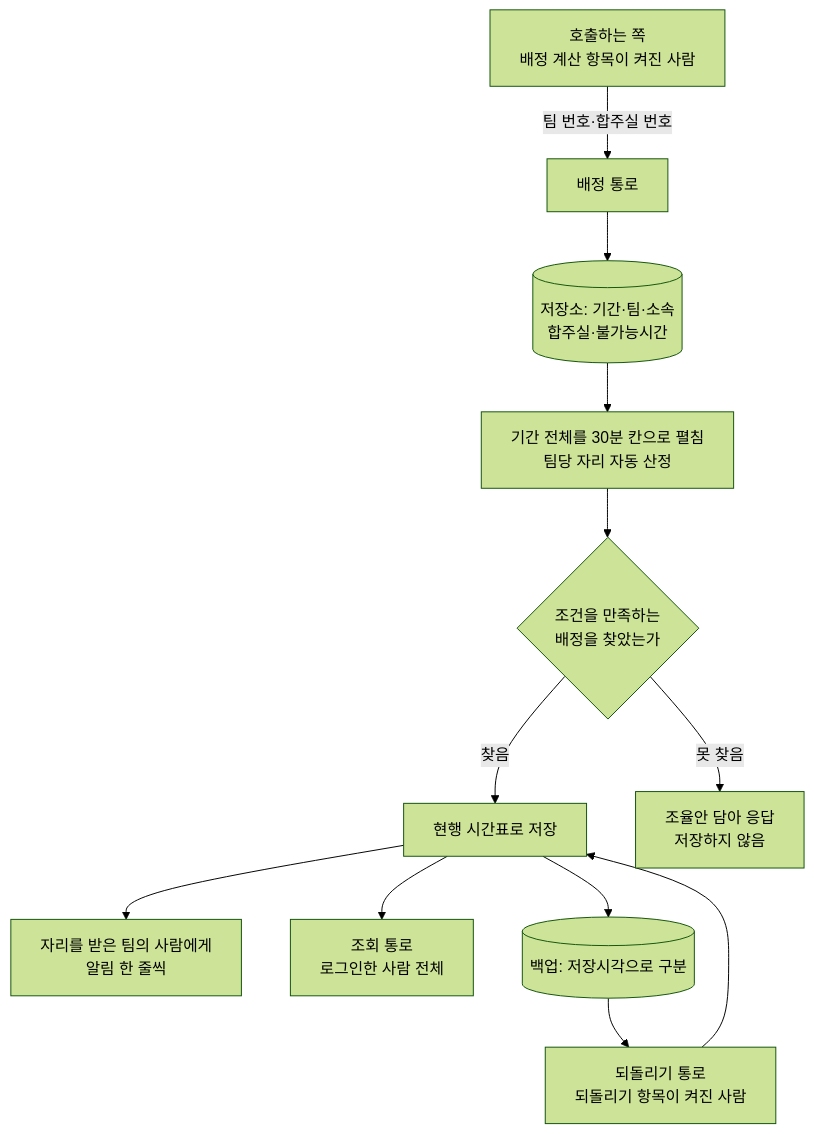
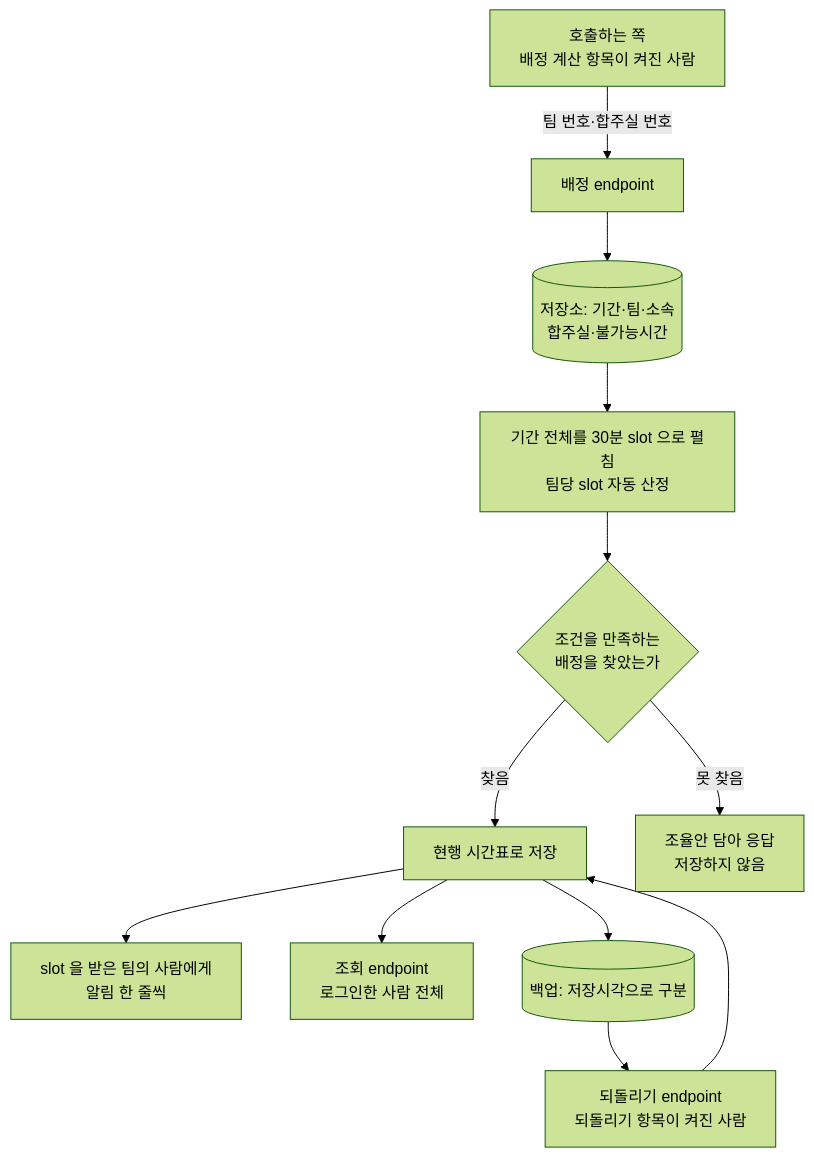
One commit to minkong-dev/Banblit changed the diagram in .cluedoc/scheduling-api/period-assignment/README.md. Above: the diagram before and after it, drawn with Mermaid (forest theme). The commit also changed other lines of this file and 15 other files, not shown here.

````diff
--- a/.cluedoc/scheduling-api/period-assignment/README.md
+++ b/.cluedoc/scheduling-api/period-assignment/README.md
@@ -20,14 +20,14 @@
 ```mermaid
 flowchart TD
-    R[호출하는 쪽<br/>배정 계산 항목이 켜진 사람] -->|팀 번호·합주실 번호| A[배정 통로]
+    R[호출하는 쪽<br/>배정 계산 항목이 켜진 사람] -->|팀 번호·합주실 번호| A[배정 endpoint]
     A --> D[(저장소: 기간·팀·소속<br/>합주실·불가능시간)]
-    D --> E[기간 전체를 30분 칸으로 펼침<br/>팀당 자리 자동 산정]
+    D --> E[기간 전체를 30분 slot 으로 펼침<br/>팀당 slot 자동 산정]
     E --> F{조건을 만족하는<br/>배정을 찾았는가}
     F -->|찾음| S[현행 시간표로 저장]
     F -->|못 찾음| P[조율안 담아 응답<br/>저장하지 않음]
-    S --> W[자리를 받은 팀의 사람에게<br/>알림 한 줄씩]
-    S --> G[조회 통로<br/>로그인한 사람 전체]
+    S --> W[slot 을 받은 팀의 사람에게<br/>알림 한 줄씩]
+    S --> G[조회 endpoint<br/>로그인한 사람 전체]
     S --> B[(백업: 저장시각으로 구분)]
-    B --> K[되돌리기 통로<br/>되돌리기 항목이 켜진 사람]
+    B --> K[되돌리기 endpoint<br/>되돌리기 항목이 켜진 사람]
     K --> S
 ```
````
